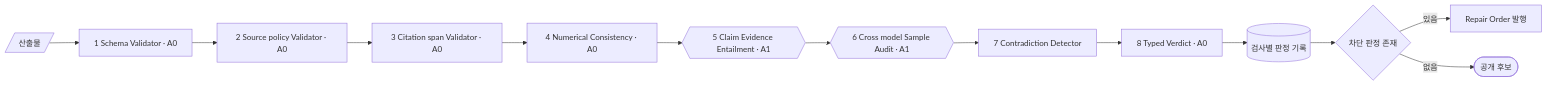
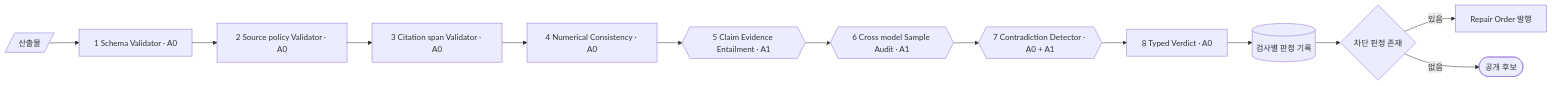
The second of 2 diagrams in docs/agent-design.md (Mureung1/hub-showcase), drawn with Mermaid before and after one commit. The commit also changed other lines of this file and 26 other files, not shown here.

````diff
--- a/docs/agent-design.md
+++ b/docs/agent-design.md
@@ -243,15 +253,15 @@
 ```mermaid
 flowchart LR
     A[/"산출물"/] --> C1["1 Schema Validator · A0"]
     C1 --> C2["2 Source policy Validator · A0"]
     C2 --> C3["3 Citation span Validator · A0"]
     C3 --> C4["4 Numerical Consistency · A0"]
     C4 --> C5{{"5 Claim Evidence Entailment · A1"}}
     C5 --> C6{{"6 Cross model Sample Audit · A1"}}
-    C6 --> C7["7 Contradiction Detector"]
+    C6 --> C7{{"7 Contradiction Detector · A0 + A1"}}
     C7 --> C8["8 Typed Verdict · A0"]
     C8 --> R[("검사별 판정 기록")]
     R --> D{"차단 판정 존재"}
     D -->|"있음"| F["Repair Order 발행"]
     D -->|"없음"| P(["공개 후보"])
 ```
````
